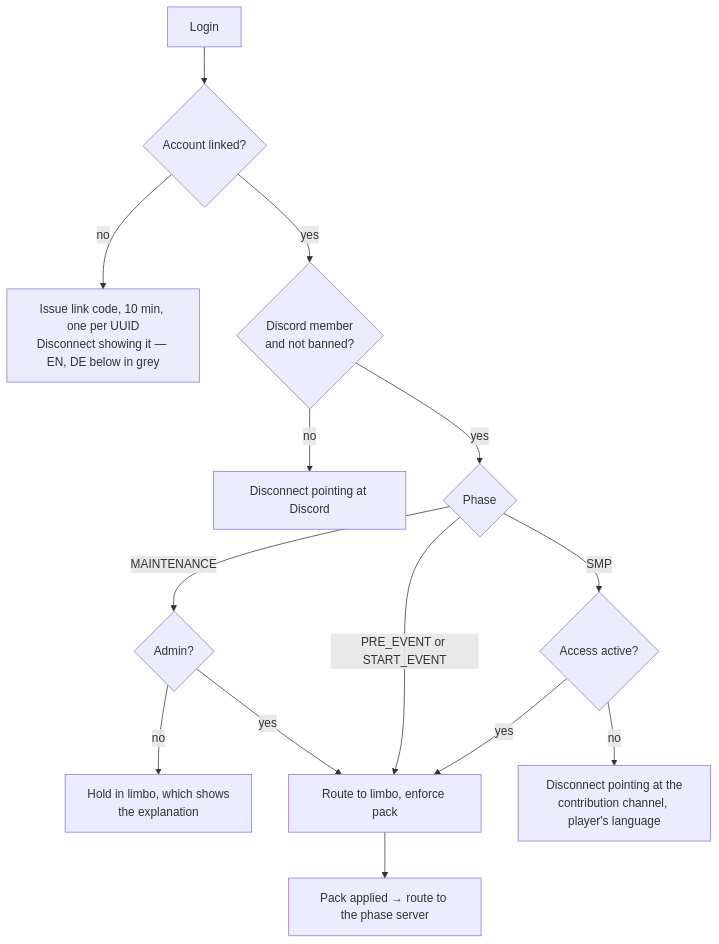
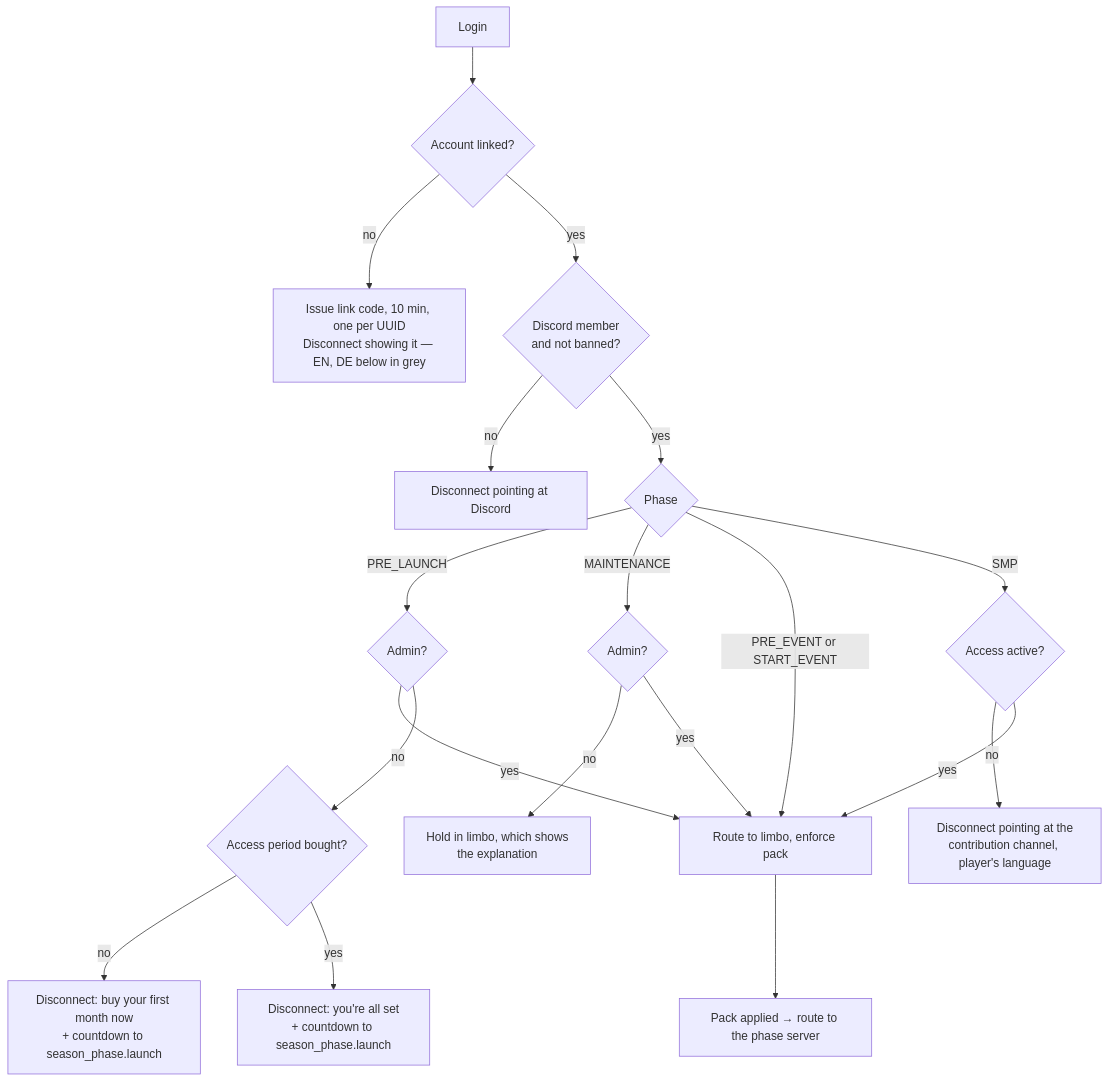
Before and after one commit to nordtal/season-2: the second of 3 diagrams in docs/season-phases.md, drawn with Mermaid. The commit also changed other lines of this file and 53 other files, not shown here.

````diff
--- a/docs/season-phases.md
+++ b/docs/season-phases.md
@@ -55,16 +85,21 @@
 ```mermaid
 flowchart TD
     A["Login"] --> B{"Account linked?"}
     B -->|no| B1["Issue link code, 10 min, one per UUID<br/>Disconnect showing it — EN, DE below in grey"]
     B -->|yes| C{"Discord member<br/>and not banned?"}
     C -->|no| C1["Disconnect pointing at Discord"]
     C -->|yes| D{"Phase"}
+    D -->|PRE_LAUNCH| P1{"Admin?"}
+    P1 -->|yes| F
+    P1 -->|no| P2{"Access period bought?"}
+    P2 -->|no| P3["Disconnect: buy your first month now<br/>+ countdown to season_phase.launch"]
+    P2 -->|yes| P4["Disconnect: you're all set<br/>+ countdown to season_phase.launch"]
     D -->|MAINTENANCE| D1{"Admin?"}
     D1 -->|no| D2["Hold in limbo, which shows<br/>the explanation"]
     D1 -->|yes| F
     D -->|PRE_EVENT or START_EVENT| F["Route to limbo, enforce pack"]
     D -->|SMP| E{"Access active?"}
     E -->|no| E1["Disconnect pointing at the<br/>contribution channel, player's language"]
     E -->|yes| F
     F --> G["Pack applied → route to the phase server"]
 ```
````
